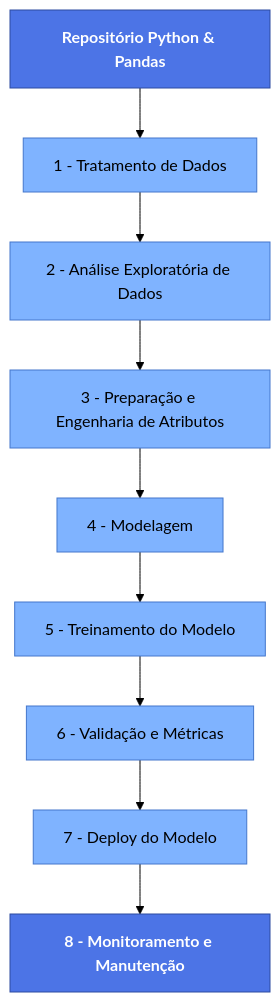
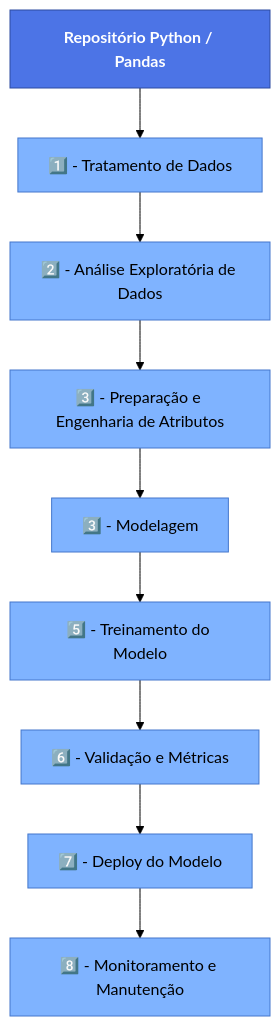
The first of 2 diagrams in README.md (JoaoMarcelo22/Python), drawn with Mermaid (forest theme) before and after one commit. The commit also changed other lines of this file, not shown here.

````diff
--- a/README.md
+++ b/README.md
@@ -21,20 +21,18 @@
 ```mermaid
 flowchart TD
-    A[Repositório Python & Pandas] --> B[1 - Tratamento de Dados]
-    B --> C[2 - Análise Exploratória de Dados]
-    C --> D[3 - Preparação e Engenharia de Atributos]
-    D --> E[4 - Modelagem]
-    E --> F[5 - Treinamento do Modelo]
-    F --> G[6 - Validação e Métricas]
-    G --> H[7 - Deploy do Modelo]
-    H --> I[8 - Monitoramento e Manutenção]
+    A[Repositório Python / Pandas] --> B[1️⃣ - Tratamento de Dados]
+    B --> C[2️⃣ - Análise Exploratória de Dados]
+    C --> D[3️⃣ - Preparação e Engenharia de Atributos]
+    D --> E[3️⃣ - Modelagem]
+    E --> F[5️⃣ - Treinamento do Modelo]
+    F --> G[6️⃣ - Validação e Métricas]
+    G --> H[7️⃣ - Deploy do Modelo]
+    H --> I[8️⃣ - Monitoramento e Manutenção]
 
     %% === Estilos dos nós ===
     classDef inicio fill:#4C74E6,stroke:#2C4BA0,color:white,font-weight:bold;
     classDef etapa fill:#7FB3FF,stroke:#4477CC,color:#000;
-    classDef fim fill:#4C74E6,stroke:#2C4BA0,color:white,font-weight:bold;
 
     class A inicio;
-    class B,C,D,E,F,G,H etapa;
-    class I fim;
+    class B,C,D,E,F,G,H,I etapa;
 ```
````
